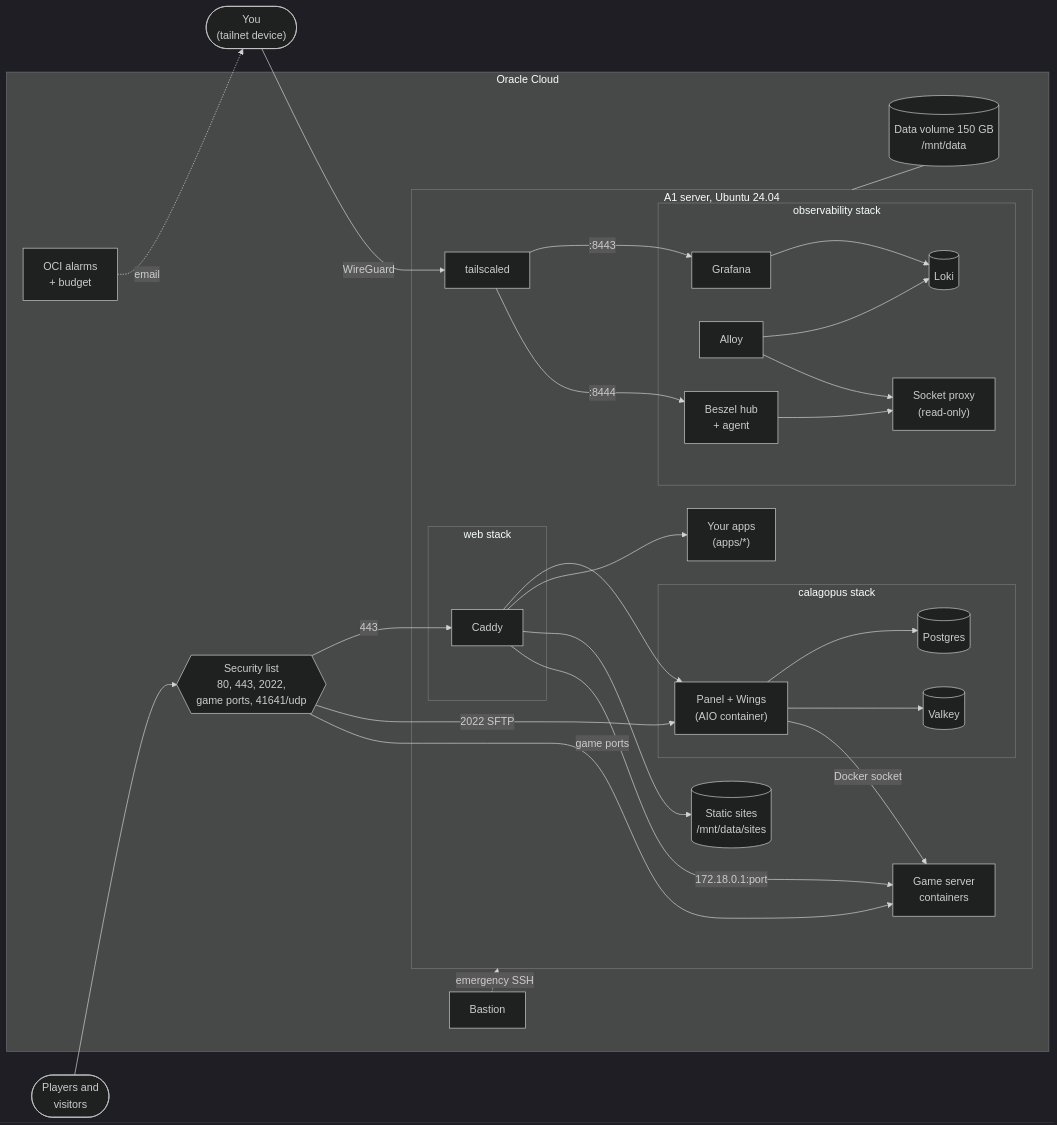
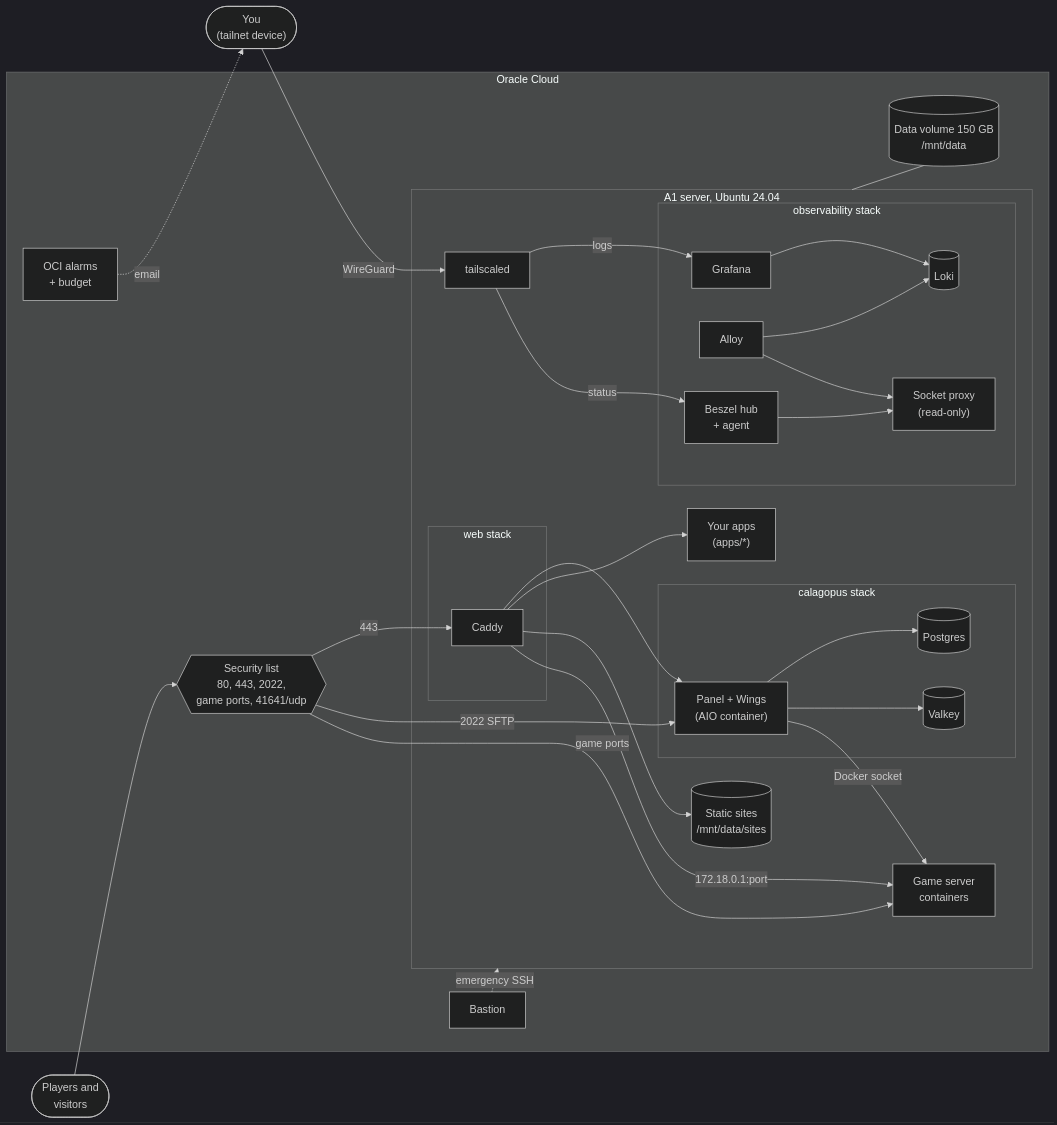
One commit to T3sT3ro/oracle-game-server-template changed the first of 5 diagrams in docs/GUIDE.md. Above: the diagram before and after it, drawn with Mermaid (dark theme). The commit also changed other lines of this file and 7 other files, not shown here.

First line of the commit message:
Publish dashboards as Tailscale Services: logs (Grafana), status (Beszel)

````diff
--- a/docs/GUIDE.md
+++ b/docs/GUIDE.md
@@ -64,55 +64,55 @@
 ```mermaid
 flowchart LR
   public(["Players and<br/>visitors"])
   you(["You<br/>(tailnet device)"])
 
   subgraph oci["Oracle Cloud"]
     seclist{{"Security list<br/>80, 443, 2022,<br/>game ports, 41641/udp"}}
     subgraph vm["A1 server, Ubuntu 24.04"]
       subgraph webstack["web stack"]
         caddy["Caddy"]
       end
       subgraph calstack["calagopus stack"]
         panel["Panel + Wings<br/>(AIO container)"]
         db[("Postgres")]
         cache[("Valkey")]
       end
       games["Game server<br/>containers"]
       subgraph obsstack["observability stack"]
         grafana["Grafana"]
         loki[("Loki")]
         alloy["Alloy"]
         beszel["Beszel hub<br/>+ agent"]
         proxy["Socket proxy<br/>(read-only)"]
       end
       apps["Your apps<br/>(apps/*)"]
       blog[("Static sites<br/>/mnt/data/sites")]
       ts["tailscaled"]
     end
     disk[("Data volume 150 GB<br/>/mnt/data")]
     alarms["OCI alarms<br/>+ budget"]
     bastion["Bastion"]
   end
 
   public --> seclist
   seclist -- "443" --> caddy
   seclist -- "2022 SFTP" --> panel
   seclist -- "game ports" --> games
   caddy --> panel
   caddy --> apps
   caddy --> blog
   caddy -- "172.18.0.1:port" --> games
   panel --> db
   panel --> cache
   panel -- "Docker socket" --> games
   you -- "WireGuard" --> ts
-  ts -- ":8443" --> grafana
-  ts -- ":8444" --> beszel
+  ts -- "logs" --> grafana
+  ts -- "status" --> beszel
   alloy --> loki
   grafana --> loki
   alloy --> proxy
   beszel --> proxy
   vm --- disk
   alarms -. "email" .-> you
   bastion -. "emergency SSH" .-> vm
 ```
````
